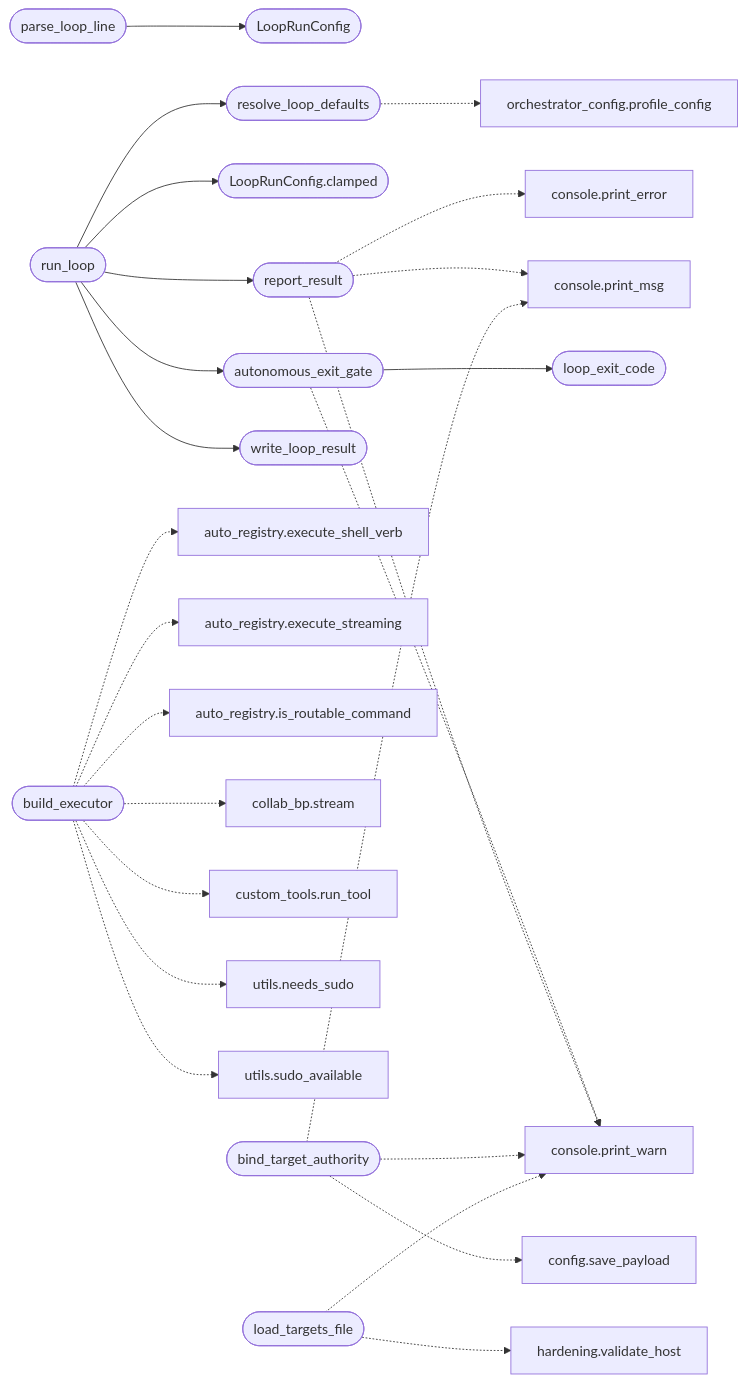
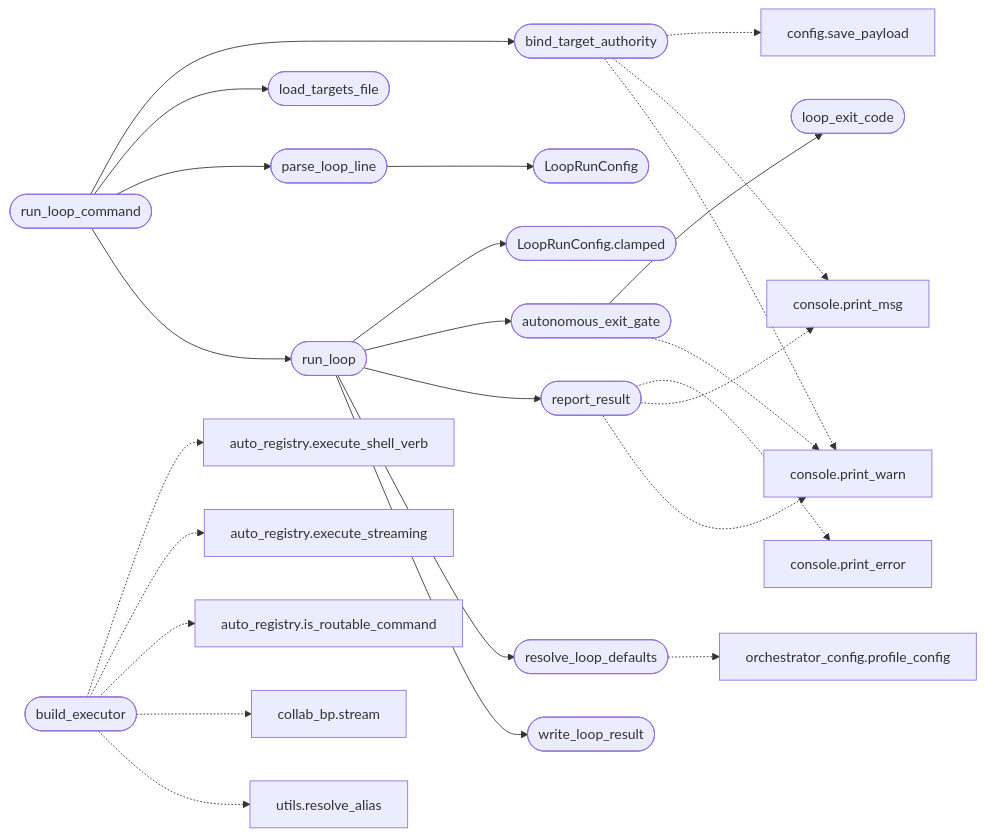
The diagram in readmenator-apidocs/modules/modules.lazy_runner.py.md (grisuno/LazyOwn), drawn with Mermaid before and after one commit. The commit also changed other lines of this file and 434 other files, not shown here.

````diff
--- a/readmenator-apidocs/modules/modules.lazy_runner.py.md
+++ b/readmenator-apidocs/modules/modules.lazy_runner.py.md
@@ -24,52 +24,50 @@
 ```mermaid
 flowchart LR
     n_modules_lazy_runner_py__parse_loop_line(["parse_loop_line"])
     n_modules_lazy_runner_py__LoopRunConfig(["LoopRunConfig"])
     n_modules_lazy_runner_py__autonomous_exit_gate(["autonomous_exit_gate"])
     n_modules_lazy_runner_py__loop_exit_code(["loop_exit_code"])
     n_modules_lazy_runner_py__run_loop(["run_loop"])
     n_modules_lazy_runner_py__LoopRunConfig_clamped(["LoopRunConfig.clamped"])
     n_modules_lazy_runner_py__report_result(["report_result"])
     n_modules_lazy_runner_py__resolve_loop_defaults(["resolve_loop_defaults"])
     n_modules_lazy_runner_py__write_loop_result(["write_loop_result"])
+    n_modules_lazy_runner_py__run_loop_command(["run_loop_command"])
+    n_modules_lazy_runner_py__bind_target_authority(["bind_target_authority"])
+    n_modules_lazy_runner_py__load_targets_file(["load_targets_file"])
     n_modules_orchestrator_config_py__profile_config["orchestrator_config.profile_config"]
     n_modules_lazy_runner_py__build_executor(["build_executor"])
     n_modules_auto_registry_py__execute_shell_verb["auto_registry.execute_shell_verb"]
     n_modules_auto_registry_py__execute_streaming["auto_registry.execute_streaming"]
     n_modules_auto_registry_py__is_routable_command["auto_registry.is_routable_command"]
     n_modules_collab_bp_py__stream["collab_bp.stream"]
-    n_modules_custom_tools_py__run_tool["custom_tools.run_tool"]
-    n_utils_py__needs_sudo["utils.needs_sudo"]
-    n_utils_py__sudo_available["utils.sudo_available"]
+    n_utils_py__resolve_alias["utils.resolve_alias"]
     n_core_console_py__print_warn["console.print_warn"]
     n_core_console_py__print_error["console.print_error"]
     n_core_console_py__print_msg["console.print_msg"]
-    n_modules_lazy_runner_py__bind_target_authority(["bind_target_authority"])
     n_core_config_py__save_payload["config.save_payload"]
-    n_modules_lazy_runner_py__load_targets_file(["load_targets_file"])
-    n_core_hardening_py__validate_host["hardening.validate_host"]
     n_modules_lazy_runner_py__parse_loop_line --> n_modules_lazy_runner_py__LoopRunConfig
     n_modules_lazy_runner_py__autonomous_exit_gate --> n_modules_lazy_runner_py__loop_exit_code
     n_modules_lazy_runner_py__run_loop --> n_modules_lazy_runner_py__LoopRunConfig_clamped
     n_modules_lazy_runner_py__run_loop --> n_modules_lazy_runner_py__autonomous_exit_gate
     n_modules_lazy_runner_py__run_loop --> n_modules_lazy_runner_py__report_result
     n_modules_lazy_runner_py__run_loop --> n_modules_lazy_runner_py__resolve_loop_defaults
     n_modules_lazy_runner_py__run_loop --> n_modules_lazy_runner_py__write_loop_result
+    n_modules_lazy_runner_py__run_loop_command --> n_modules_lazy_runner_py__bind_target_authority
+    n_modules_lazy_runner_py__run_loop_command --> n_modules_lazy_runner_py__load_targets_file
+    n_modules_lazy_runner_py__run_loop_command --> n_modules_lazy_runner_py__parse_loop_line
+    n_modules_lazy_runner_py__run_loop_command --> n_modules_lazy_runner_py__run_loop
     n_modules_lazy_runner_py__resolve_loop_defaults -.-> n_modules_orchestrator_config_py__profile_config
     n_modules_lazy_runner_py__build_executor -.-> n_modules_auto_registry_py__execute_shell_verb
     n_modules_lazy_runner_py__build_executor -.-> n_modules_auto_registry_py__execute_streaming
     n_modules_lazy_runner_py__build_executor -.-> n_modules_auto_registry_py__is_routable_command
     n_modules_lazy_runner_py__build_executor -.-> n_modules_collab_bp_py__stream
-    n_modules_lazy_runner_py__build_executor -.-> n_modules_custom_tools_py__run_tool
-    n_modules_lazy_runner_py__build_executor -.-> n_utils_py__needs_sudo
-    n_modules_lazy_runner_py__build_executor -.-> n_utils_py__sudo_available
+    n_modules_lazy_runner_py__build_executor -.-> n_utils_py__resolve_alias
     n_modules_lazy_runner_py__autonomous_exit_gate -.-> n_core_console_py__print_warn
     n_modules_lazy_runner_py__report_result -.-> n_core_console_py__print_error
     n_modules_lazy_runner_py__report_result -.-> n_core_console_py__print_msg
     n_modules_lazy_runner_py__report_result -.-> n_core_console_py__print_warn
     n_modules_lazy_runner_py__bind_target_authority -.-> n_core_config_py__save_payload
     n_modules_lazy_runner_py__bind_target_authority -.-> n_core_console_py__print_msg
     n_modules_lazy_runner_py__bind_target_authority -.-> n_core_console_py__print_warn
-    n_modules_lazy_runner_py__load_targets_file -.-> n_core_console_py__print_warn
-    n_modules_lazy_runner_py__load_targets_file -.-> n_core_hardening_py__validate_host
 ```
````
